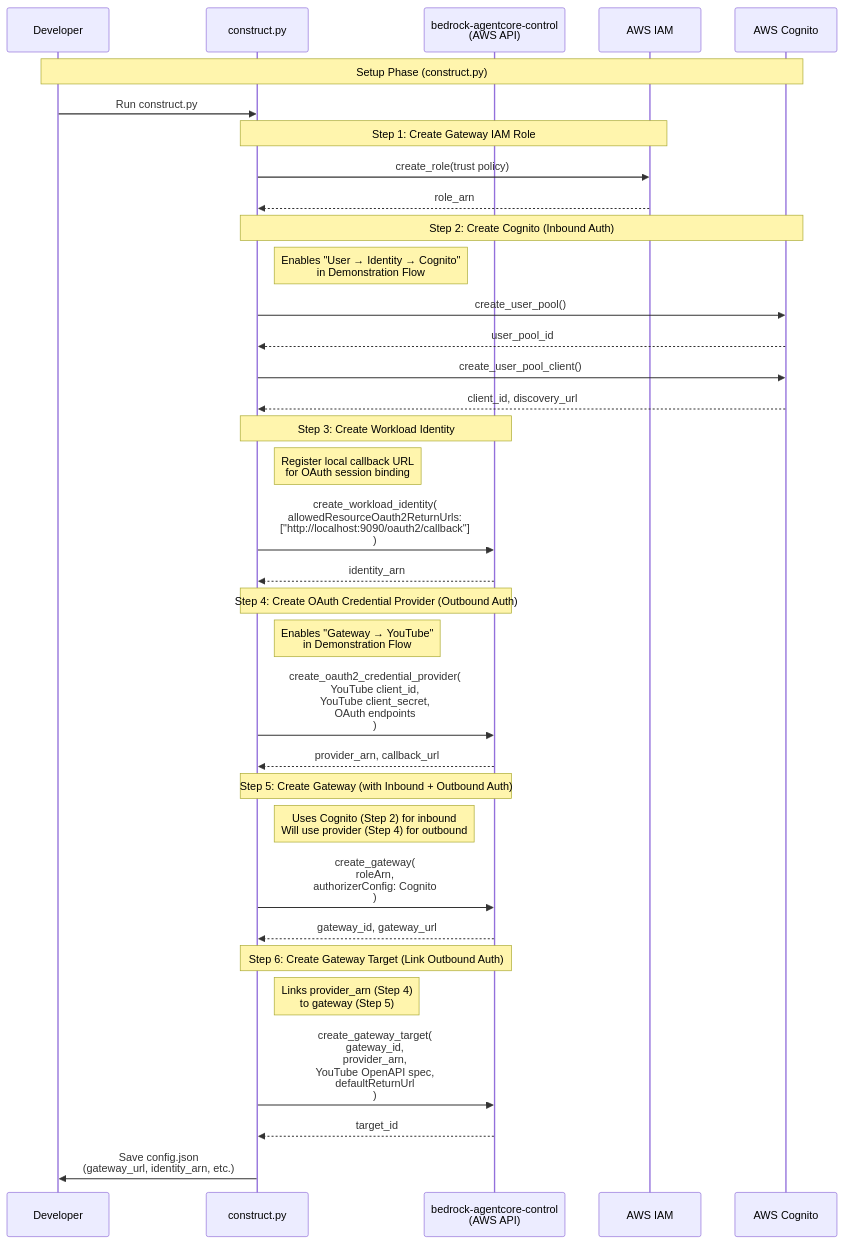
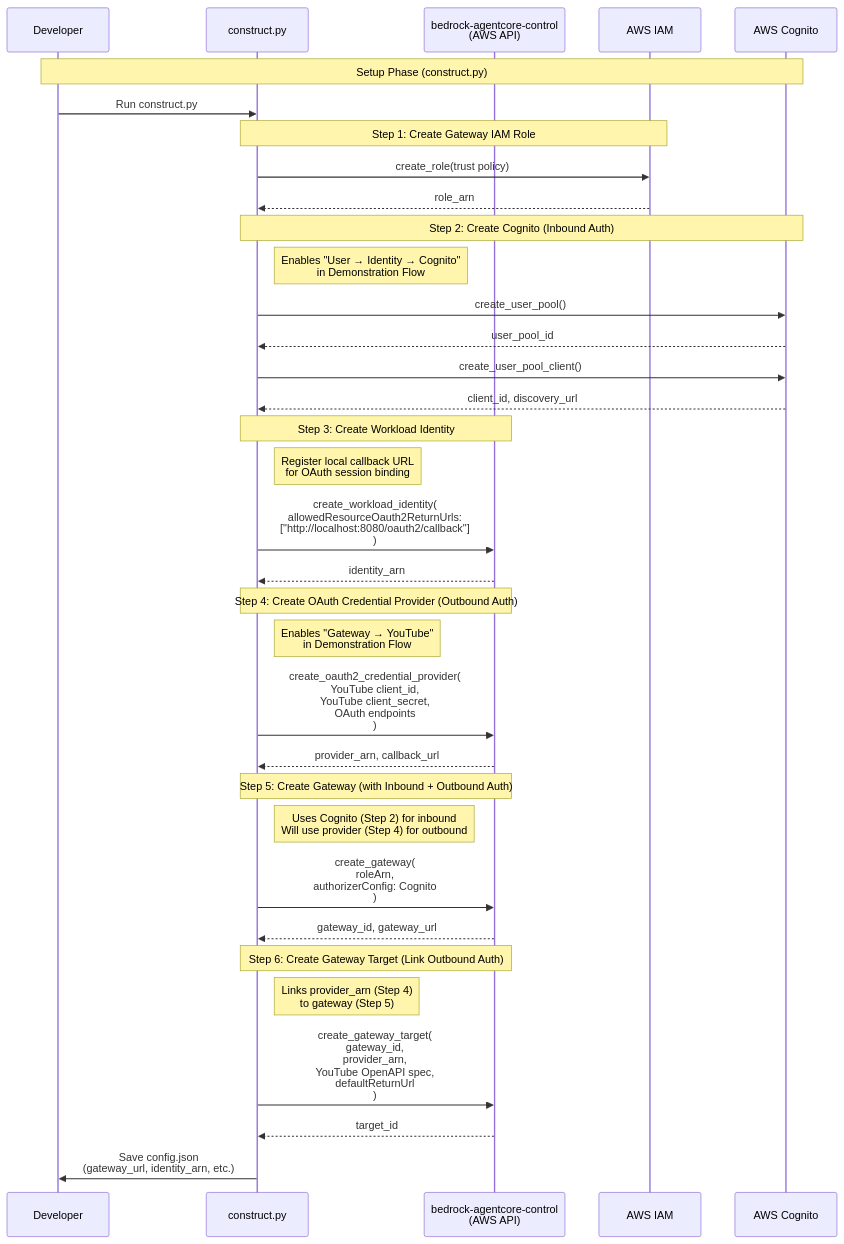
One commit to icoxfog417/agentcore-in-action changed the third of 3 diagrams in say-hello-to-authorized-customer/README.md. Above: the diagram before and after it, drawn with Mermaid. The commit also changed other lines of this file, not shown here.

````diff
--- a/say-hello-to-authorized-customer/README.md
+++ b/say-hello-to-authorized-customer/README.md
@@ -203,45 +204,45 @@
 ```mermaid
 sequenceDiagram
     participant Dev as Developer
     participant Construct as construct.py
     participant ControlPlane as bedrock-agentcore-control<br/>(AWS API)
     participant IAM as AWS IAM
     participant Cognito as AWS Cognito
 
     Note over Dev,Cognito: Setup Phase (construct.py)
     
     Dev->>Construct: Run construct.py
     
     Note over Construct,IAM: Step 1: Create Gateway IAM Role
     Construct->>IAM: create_role(trust policy)
     IAM-->>Construct: role_arn
     
     Note over Construct,Cognito: Step 2: Create Cognito (Inbound Auth)
     Note right of Construct: Enables "User → Identity → Cognito"<br/>in Demonstration Flow
     Construct->>Cognito: create_user_pool()
     Cognito-->>Construct: user_pool_id
     Construct->>Cognito: create_user_pool_client()
     Cognito-->>Construct: client_id, discovery_url
     
     Note over Construct,ControlPlane: Step 3: Create Workload Identity
     Note right of Construct: Register local callback URL<br/>for OAuth session binding
-    Construct->>ControlPlane: create_workload_identity(<br/>  allowedResourceOauth2ReturnUrls:<br/>    ["http://localhost:9090/oauth2/callback"]<br/>)
+    Construct->>ControlPlane: create_workload_identity(<br/>  allowedResourceOauth2ReturnUrls:<br/>    ["http://localhost:8080/oauth2/callback"]<br/>)
     ControlPlane-->>Construct: identity_arn
     
     Note over Construct,ControlPlane: Step 4: Create OAuth Credential Provider (Outbound Auth)
     Note right of Construct: Enables "Gateway → YouTube"<br/>in Demonstration Flow
     Construct->>ControlPlane: create_oauth2_credential_provider(<br/>  YouTube client_id,<br/>  YouTube client_secret,<br/>  OAuth endpoints<br/>)
     ControlPlane-->>Construct: provider_arn, callback_url
     
     Note over Construct,ControlPlane: Step 5: Create Gateway (with Inbound + Outbound Auth)
     Note right of Construct: Uses Cognito (Step 2) for inbound<br/>Will use provider (Step 4) for outbound
     Construct->>ControlPlane: create_gateway(<br/>  roleArn,<br/>  authorizerConfig: Cognito<br/>)
     ControlPlane-->>Construct: gateway_id, gateway_url
     
     Note over Construct,ControlPlane: Step 6: Create Gateway Target (Link Outbound Auth)
     Note right of Construct: Links provider_arn (Step 4)<br/>to gateway (Step 5)
     Construct->>ControlPlane: create_gateway_target(<br/>  gateway_id,<br/>  provider_arn,<br/>  YouTube OpenAPI spec,<br/>  defaultReturnUrl<br/>)
     ControlPlane-->>Construct: target_id
     
     Construct->>Dev: Save config.json<br/>(gateway_url, identity_arn, etc.)
 ```
````
